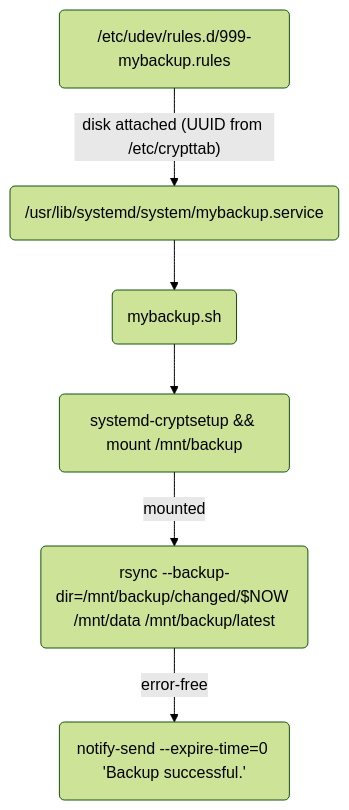
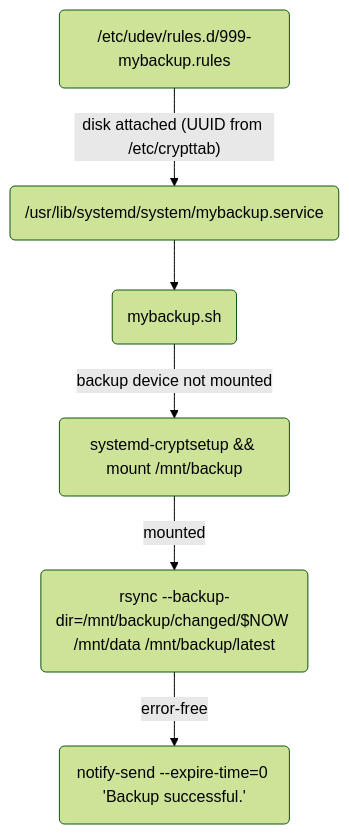
The diagram in README.md (andre-st/dotfiles), drawn with Mermaid (forest theme) before and after one commit.

Commit message:
Improve backup flowchart

````diff
--- a/README.md
+++ b/README.md
@@ -259,16 +259,16 @@
 ```mermaid
 flowchart TD
 
 	udev("/etc/udev/rules.d/999-mybackup.rules")
 	service("/usr/lib/systemd/system/mybackup.service")
 	sh("mybackup.sh")
 	mount("systemd-cryptsetup && mount /mnt/backup")
 	rsync("rsync --backup-dir=/mnt/backup/changed/$NOW /mnt/data /mnt/backup/latest")
 	notify("notify-send --expire-time=0 'Backup successful.'")
 
 	udev-- "disk attached (UUID from /etc/crypttab)" -->service
 	service-->sh
-	sh-->mount
+	sh-- "backup device not mounted" -->mount
 	mount-- "mounted" -->rsync
 	rsync-- "error-free" -->notify
 ```
````
